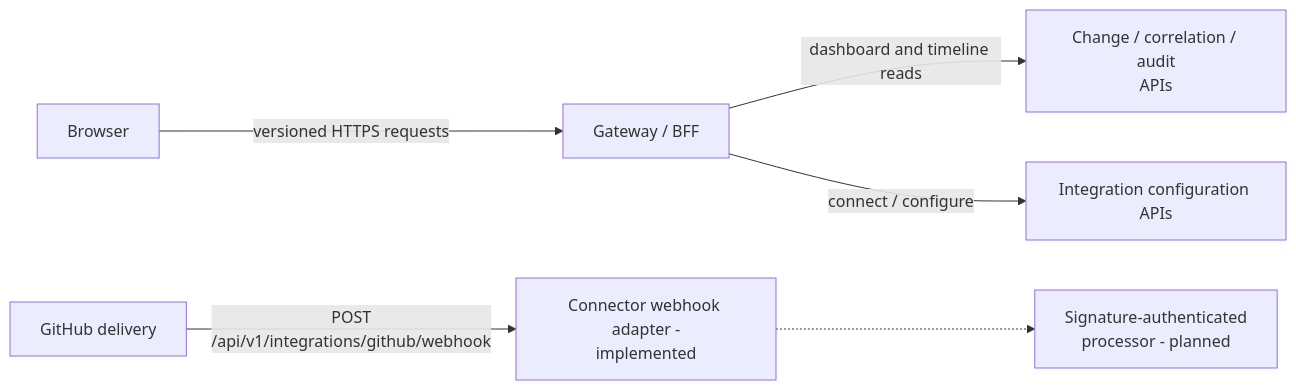
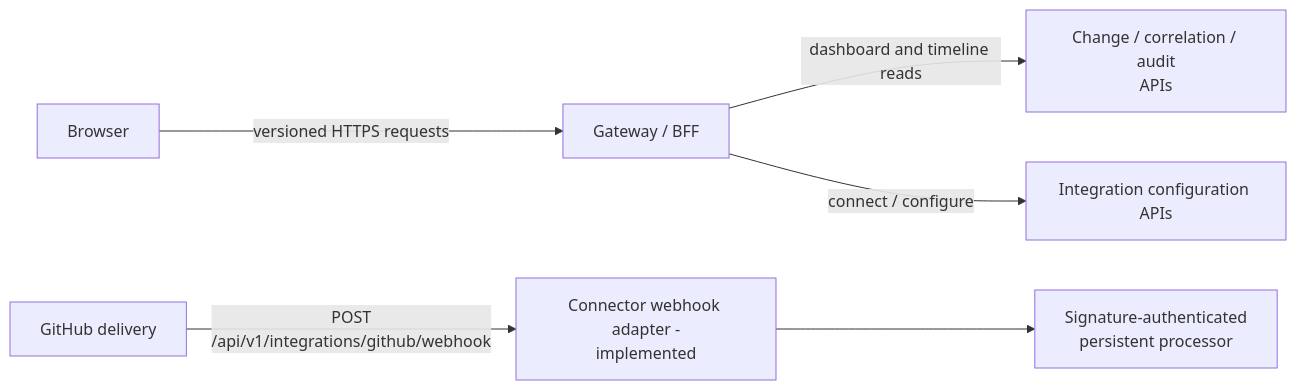
Diagram 25 of 41 in README.md (ChangeGuardHQ/changuard-platform), drawn with Mermaid before and after one commit. The commit also changed other lines of this file and 29 other files, not shown here.

````diff
--- a/README.md
+++ b/README.md
@@ -1697,8 +1709,8 @@
 ```mermaid
 flowchart LR
     Browser["Browser"] -->|"versioned HTTPS requests"| Gateway["Gateway / BFF"]
     Gateway -->|"dashboard and timeline reads"| Read["Change / correlation / audit<br/>APIs"]
     Gateway -->|"connect / configure"| Setup["Integration configuration APIs"]
     Provider["GitHub delivery"] -->|"POST<br/>/api/v1/integrations/github/webhook"| Webhook["Connector webhook adapter -<br/>implemented"]
-    Webhook -.-> Processor["Signature-authenticated<br/>processor - planned"]
+    Webhook --> Processor["Signature-authenticated<br/>persistent processor"]
 ```
````
